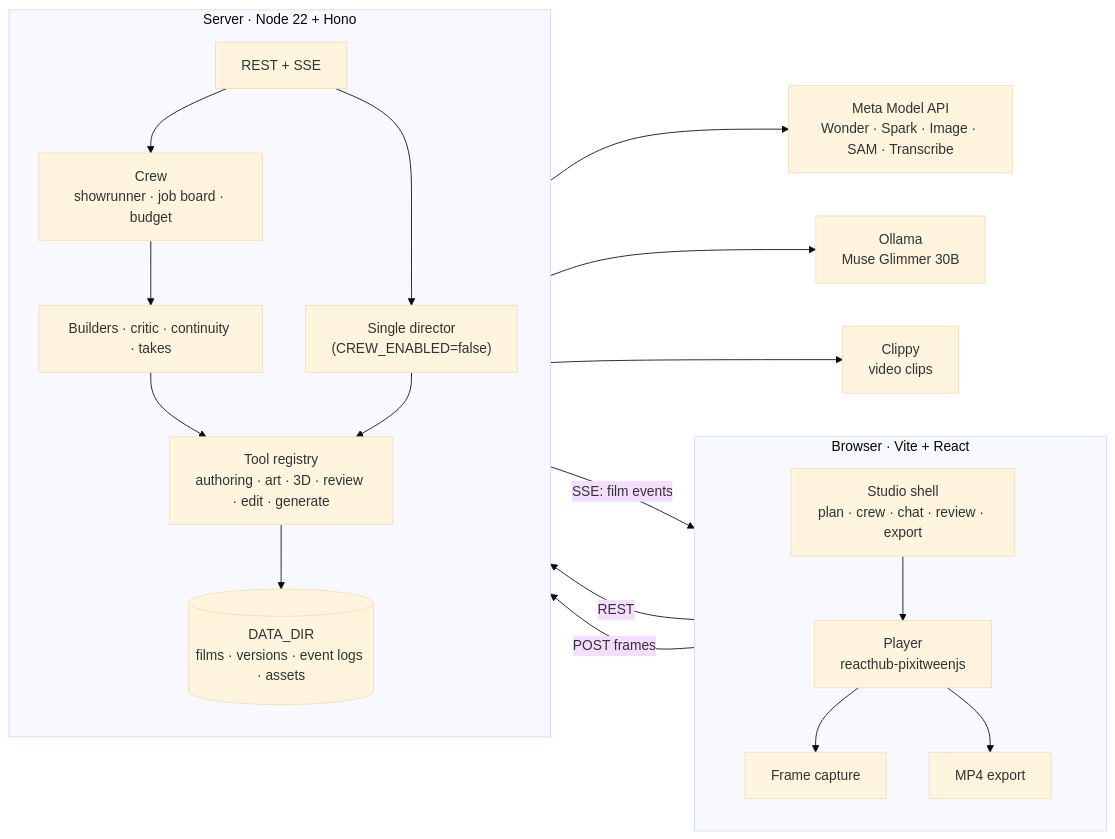
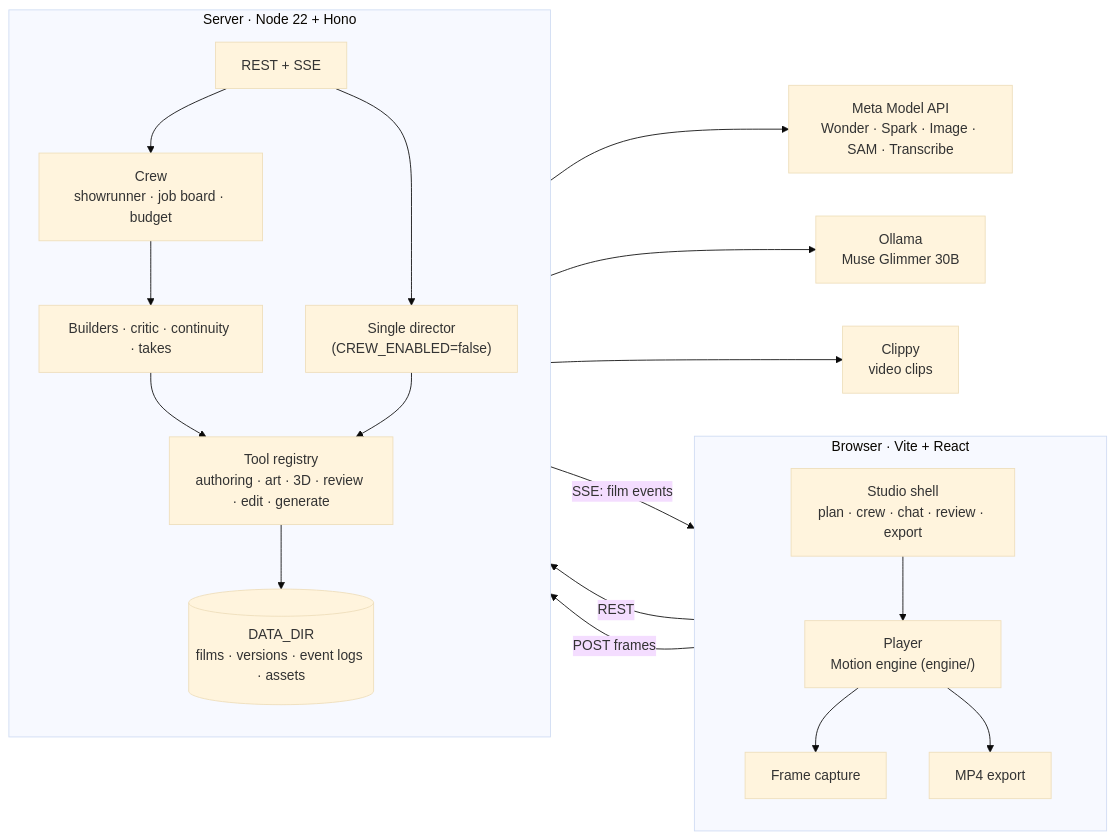
One commit to khanzzirfan/pixitween-director changed the first of 2 diagrams in docs/architecture.md. Above: the diagram before and after it, drawn with Mermaid (base theme). The commit also changed 5 other files, not shown here.

````diff
--- a/docs/architecture.md
+++ b/docs/architecture.md
@@ -7,33 +7,33 @@
 ```mermaid
 flowchart LR
   subgraph Browser["Browser · Vite + React"]
     direction TB
     Studio["Studio shell<br/>plan · crew · chat · review · export"]
-    Player["Player<br/>reacthub-pixitweenjs"]
+    Player["Player<br/>Motion engine (engine/)"]
     Capture["Frame capture"]
     Export["MP4 export"]
     Studio --> Player
     Player --> Capture
     Player --> Export
   end
 
   subgraph Server["Server · Node 22 + Hono"]
     direction TB
     API["REST + SSE"]
     Crew["Crew<br/>showrunner · job board · budget"]
     Workers["Builders · critic · continuity · takes"]
     Director["Single director<br/>(CREW_ENABLED=false)"]
     Tools["Tool registry<br/>authoring · art · 3D · review · edit · generate"]
     Store[("DATA_DIR<br/>films · versions · event logs · assets")]
     API --> Crew --> Workers --> Tools
     API --> Director --> Tools
     Tools --> Store
   end
 
   Studio -- "REST" --> API
   API -- "SSE: film events" --> Studio
   Capture -- "POST frames" --> API
   Tools --> Meta["Meta Model API<br/>Wonder · Spark · Image · SAM · Transcribe"]
   Tools --> Local["Ollama<br/>Muse Glimmer 30B"]
   Tools --> Clippy["Clippy<br/>video clips"]
 ```
````
